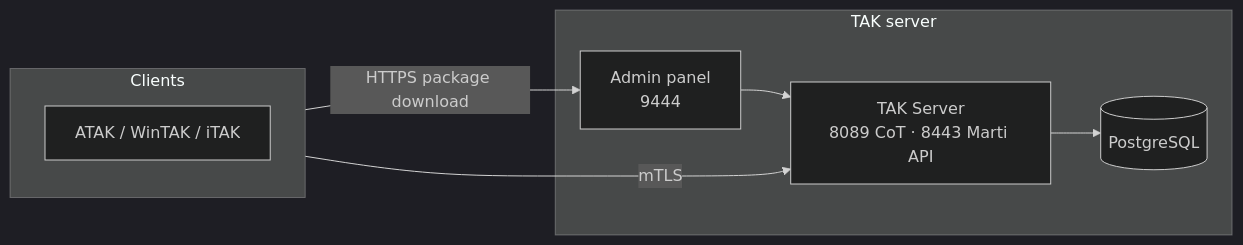
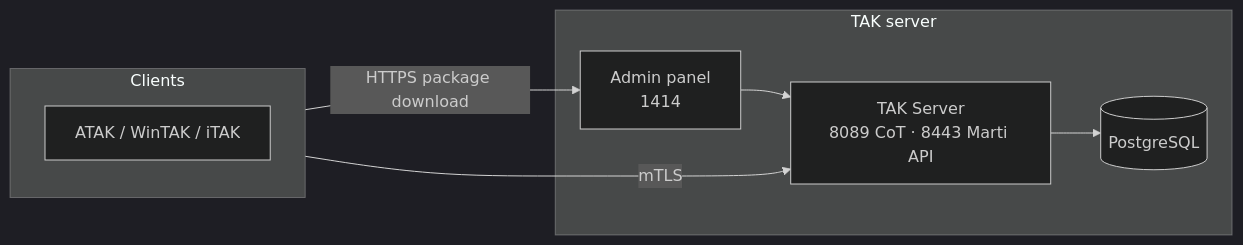
Before and after one commit to ndukve/TAK: the diagram in docs/00-getting-started.md, drawn with Mermaid (dark theme). The commit also changed 21 other files, not shown here.

````diff
--- a/docs/00-getting-started.md
+++ b/docs/00-getting-started.md
@@ -13,15 +13,15 @@
 ```mermaid
 flowchart LR
   subgraph clients [Clients]
     ATAK["ATAK / WinTAK / iTAK"]
   end
   subgraph server [TAK server]
     TAK["TAK Server\n8089 CoT · 8443 Marti API"]
-    Admin["Admin panel\n9444"]
+    Admin["Admin panel\n1414"]
     DB[("PostgreSQL")]
   end
   clients -->|mTLS| TAK
   clients -->|HTTPS package download| Admin
   TAK --> DB
   Admin --> TAK
 ```
````
